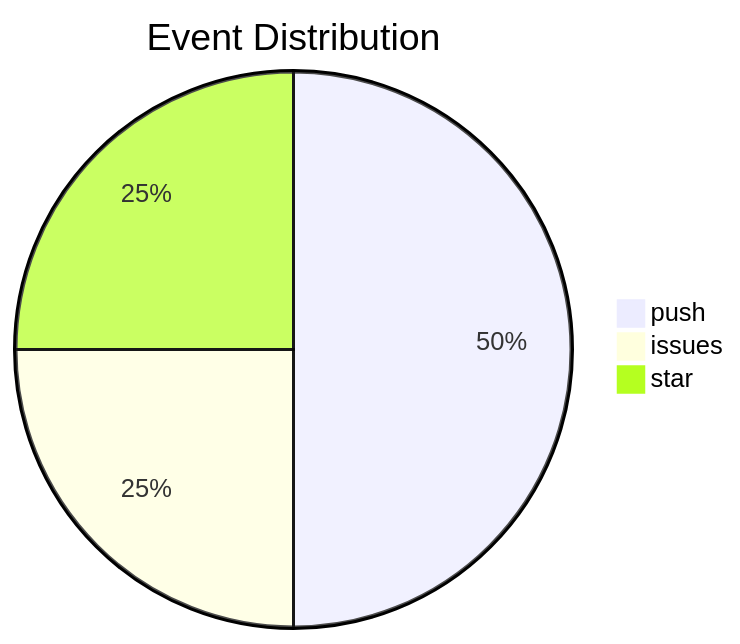
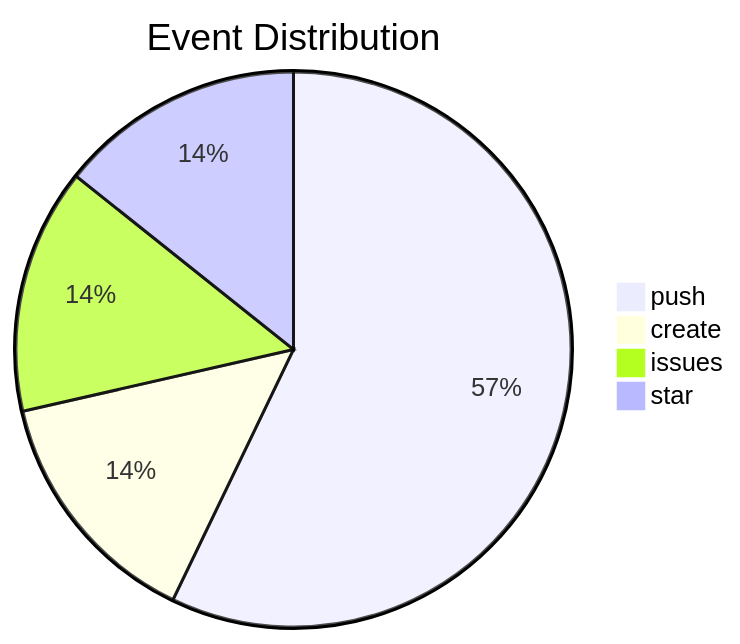
The second of 3 diagrams in README.md (lunarshe11/lunarshe11), drawn with Mermaid before and after one commit. The commit also changed other lines of this file, not shown here.

````diff
--- a/README.md
+++ b/README.md
@@ -30,6 +30,7 @@
 ```mermaid
 pie title Event Distribution
-    "push" : 2
+    "push" : 4
+    "create" : 1
     "issues" : 1
     "star" : 1
 ```
````
